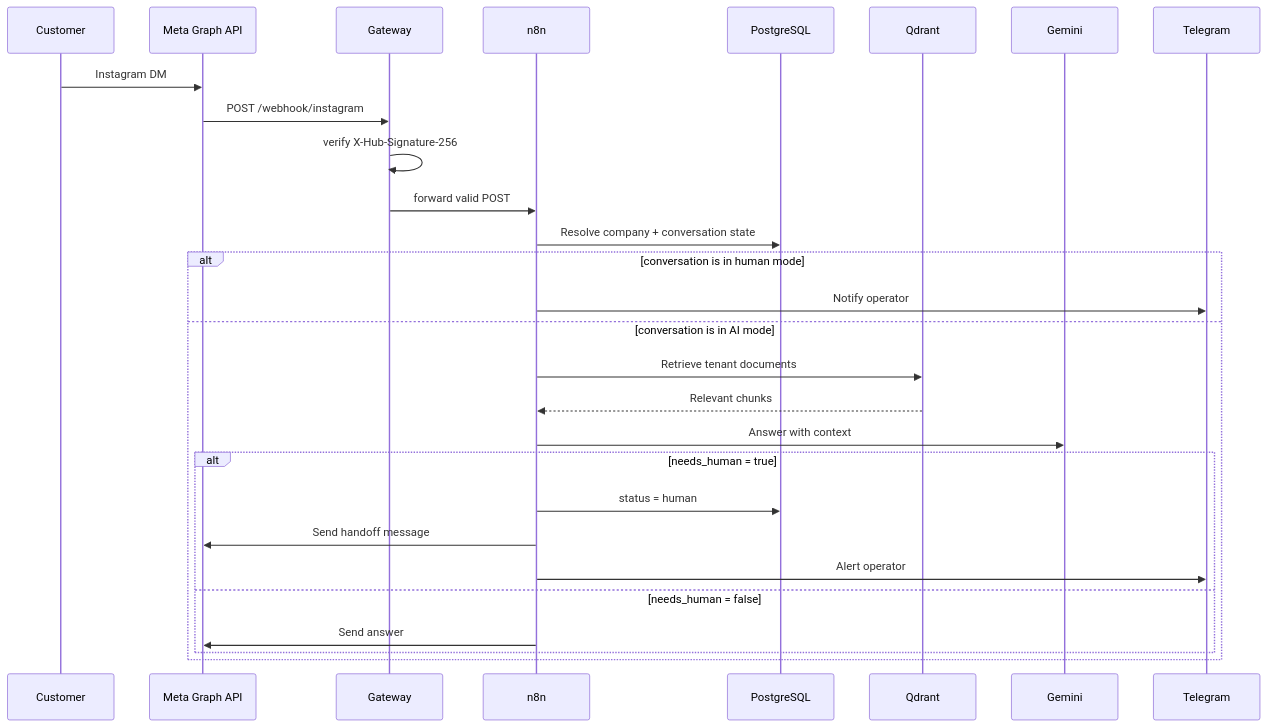
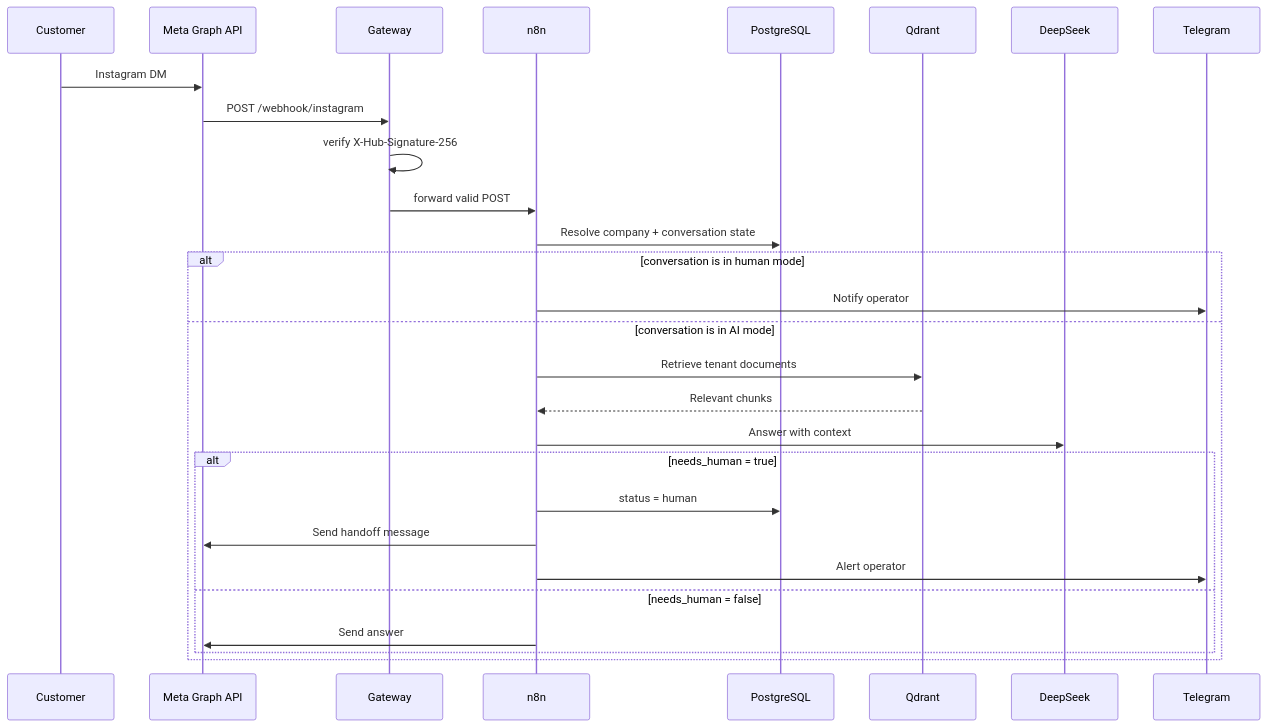
The second of 2 diagrams in README.md (alvarolopez6/winery-ai-assistant), drawn with Mermaid before and after one commit. The commit also changed other lines of this file and 14 other files, not shown here.

Commit message:
Sync workflows and docs with DeepSeek setup

````diff
--- a/README.md
+++ b/README.md
@@ -59,31 +59,31 @@
 ```mermaid
 sequenceDiagram
     participant C as Customer
     participant M as Meta Graph API
     participant G as Gateway
     participant N as n8n
     participant P as PostgreSQL
     participant Q as Qdrant
-    participant L as Gemini
+    participant L as DeepSeek
     participant T as Telegram
 
     C->>M: Instagram DM
     M->>G: POST /webhook/instagram
     G->>G: verify X-Hub-Signature-256
     G->>N: forward valid POST
     N->>P: Resolve company + conversation state
     alt conversation is in human mode
         N->>T: Notify operator
     else conversation is in AI mode
         N->>Q: Retrieve tenant documents
         Q-->>N: Relevant chunks
         N->>L: Answer with context
         alt needs_human = true
             N->>P: status = human
             N->>M: Send handoff message
             N->>T: Alert operator
         else needs_human = false
             N->>M: Send answer
         end
     end
 ```
````
